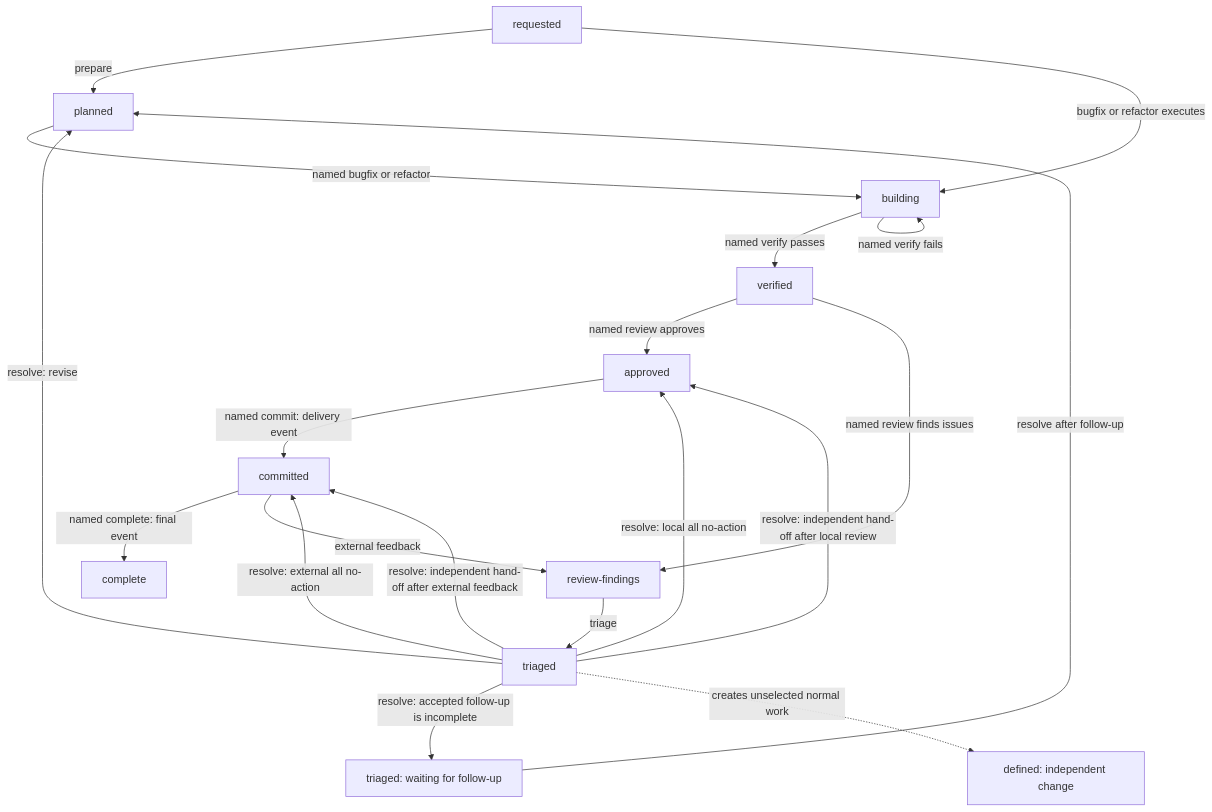
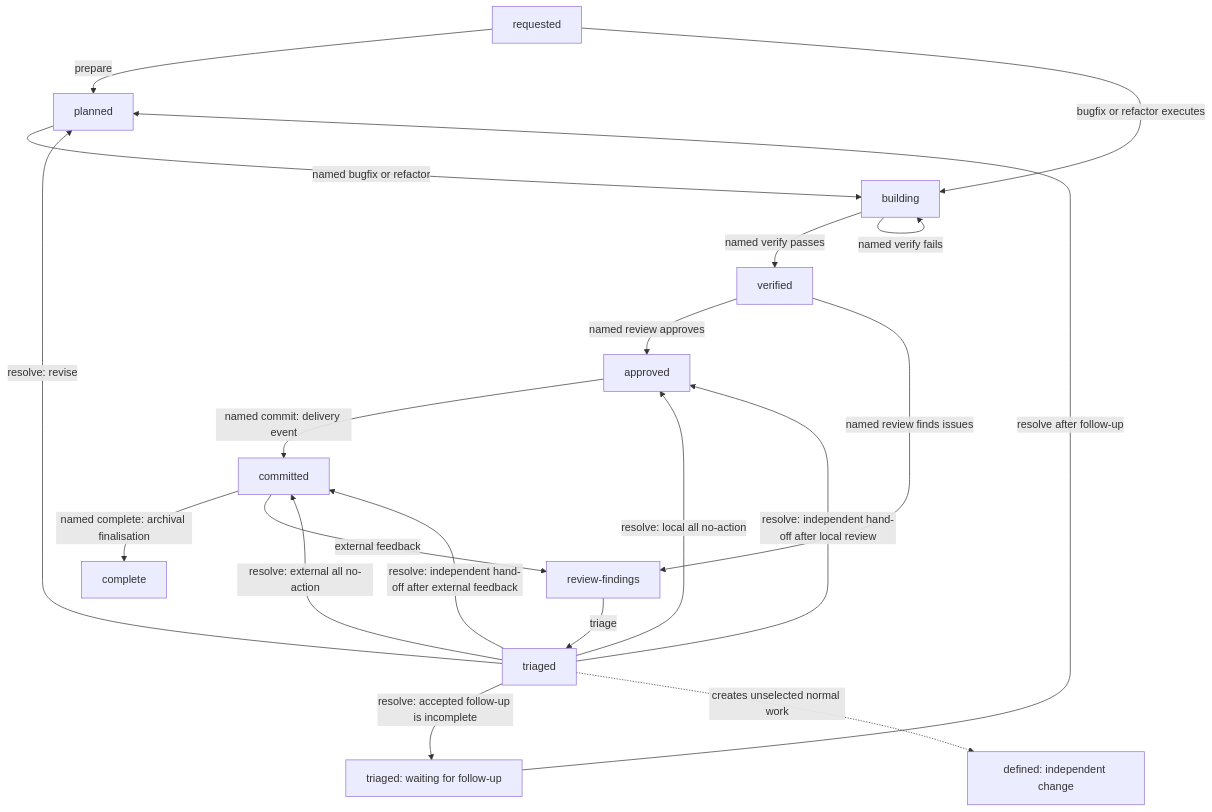
Before and after one commit to deeprave/specle: the second of 3 diagrams in docs/LIFECYCLE.md, drawn with Mermaid. The commit also changed other lines of this file and 35 other files, not shown here.

````diff
--- a/docs/LIFECYCLE.md
+++ b/docs/LIFECYCLE.md
@@ -104,22 +103,22 @@
 ```mermaid
 flowchart TB
   requested -->|prepare| planned
   requested -->|bugfix or refactor executes| building
   planned -->|named bugfix or refactor| building
   building -->|named verify passes| verified
   building -->|named verify fails| building
   verified -->|named review approves| approved
   approved -->|named commit: delivery event| committed
-  committed -->|named complete: final event| complete
+  committed -->|named complete: archival finalisation| complete
   committed -->|external feedback| review_findings
   verified -->|named review finds issues| review_findings[review-findings]
   review_findings -->|triage| triaged
   triaged -->|resolve: revise| planned
   triaged -->|resolve: accepted follow-up is incomplete| waiting[triaged: waiting for follow-up]
   waiting -->|resolve after follow-up| planned
   triaged -->|resolve: local all no-action| approved
   triaged -->|resolve: external all no-action| committed
   triaged -->|resolve: independent hand-off after local review| approved
   triaged -->|resolve: independent hand-off after external feedback| committed
   triaged -.->|creates unselected normal work| unselected_defined[defined: independent change]
 ```
````
